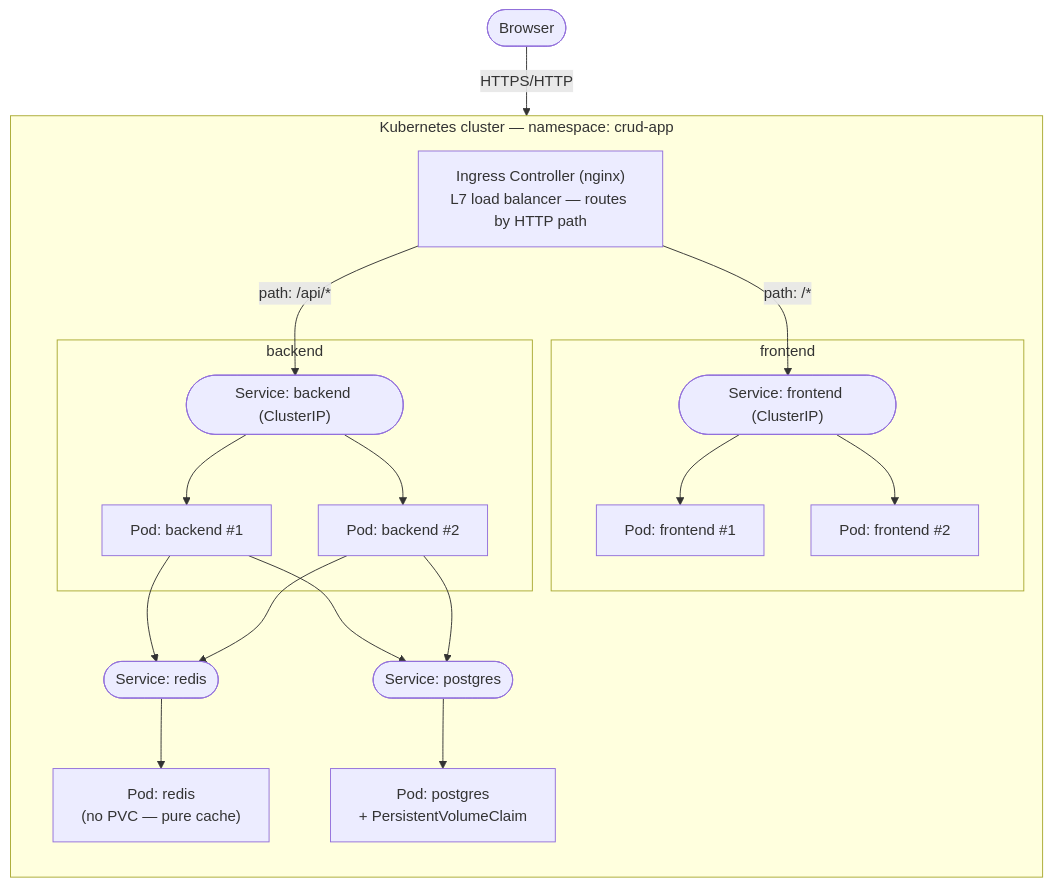
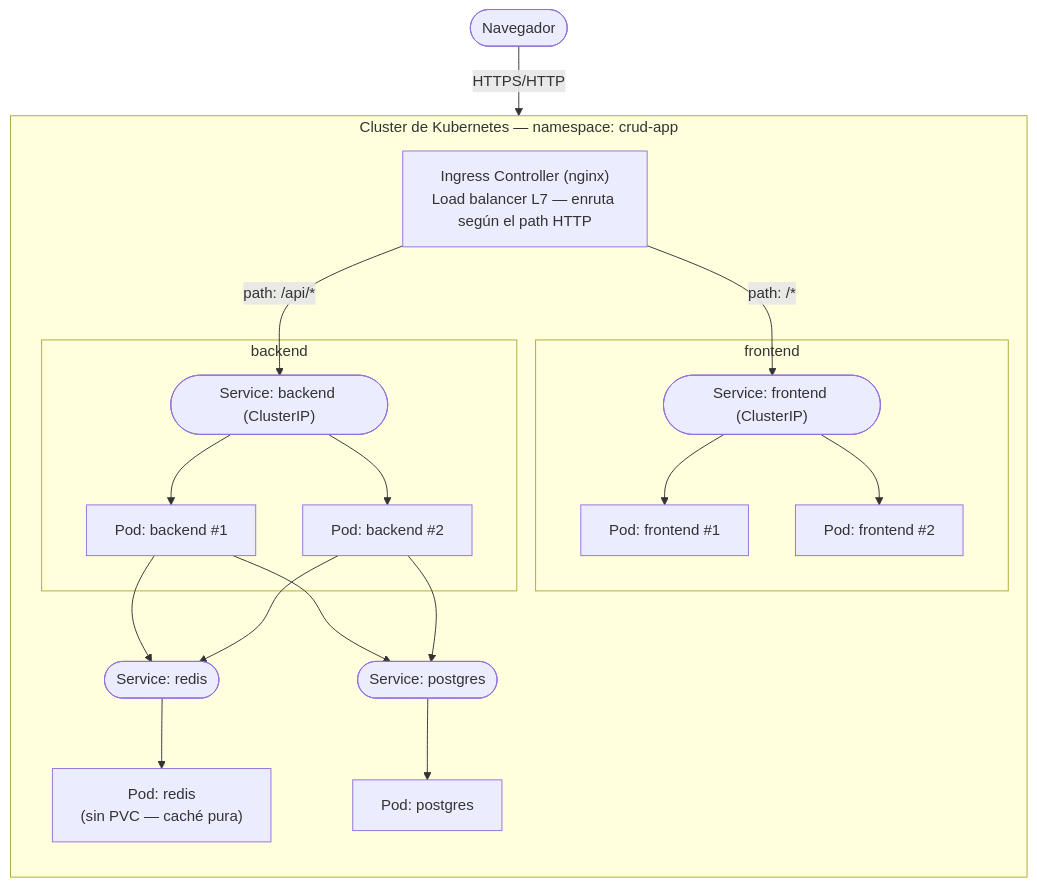
The first of 2 diagrams in README.md (rodrigozucchini/load-balancing-k8s), drawn with Mermaid before and after one commit. The commit also changed other lines of this file and 4 other files, not shown here.

````diff
--- a/README.md
+++ b/README.md
@@ -69,42 +76,42 @@
 ```mermaid
 flowchart TB
-    Browser(["Browser"])
+    Browser(["Navegador"])
 
-    subgraph K8s["Kubernetes cluster — namespace: crud-app"]
+    subgraph K8s["Cluster de Kubernetes — namespace: crud-app"]
         direction TB
-        Ingress["Ingress Controller (nginx)<br/>L7 load balancer — routes by HTTP path"]
+        Ingress["Ingress Controller (nginx)<br/>Load balancer L7 — enruta según el path HTTP"]
 
         subgraph FE["frontend"]
             FESvc(["Service: frontend (ClusterIP)"])
             FE1["Pod: frontend #1"]
             FE2["Pod: frontend #2"]
             FESvc --> FE1
             FESvc --> FE2
         end
 
         subgraph BE["backend"]
             BESvc(["Service: backend (ClusterIP)"])
             BE1["Pod: backend #1"]
             BE2["Pod: backend #2"]
             BESvc --> BE1
             BESvc --> BE2
         end
 
         RedisSvc(["Service: redis"])
-        RedisPod["Pod: redis<br/>(no PVC — pure cache)"]
+        RedisPod["Pod: redis<br/>(sin PVC — caché pura)"]
         RedisSvc --> RedisPod
 
         PgSvc(["Service: postgres"])
-        PgPod["Pod: postgres<br/>+ PersistentVolumeClaim"]
+        PgPod["Pod: postgres"]
         PgSvc --> PgPod
 
         Ingress -->|"path: /*"| FESvc
         Ingress -->|"path: /api/*"| BESvc
         BE1 --> RedisSvc
         BE2 --> RedisSvc
         BE1 --> PgSvc
         BE2 --> PgSvc
     end
 
     Browser -->|HTTPS/HTTP| Ingress
 ```
````
